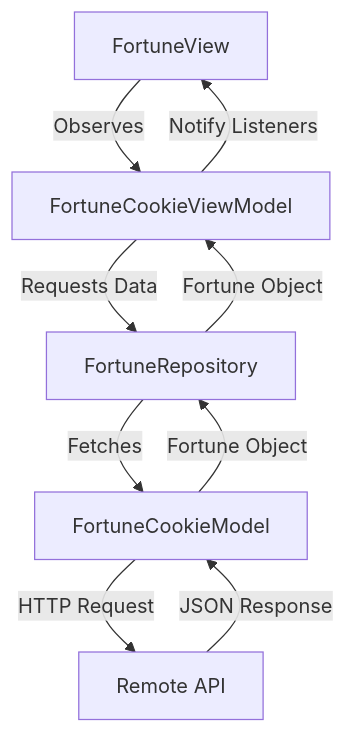
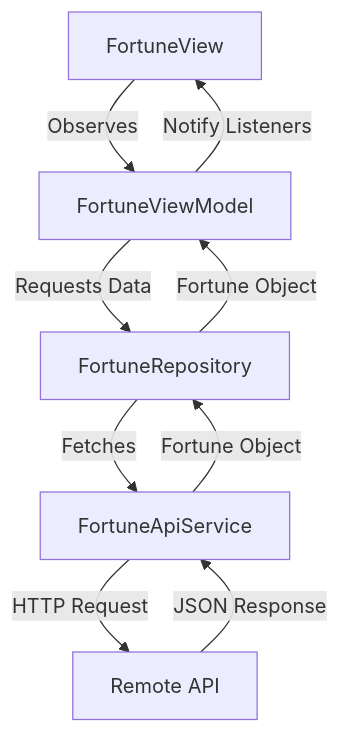
One commit to malam-zero/fc_app changed the diagram in README.md. Above: the diagram before and after it, drawn with Mermaid. The commit also changed other lines of this file and 10 other files, not shown here.

Commit message:
refactor: improve codebase architecture, naming, and dependency injection

````diff
--- a/README.md
+++ b/README.md
@@ -20,11 +20,11 @@
 ```mermaid
 graph TD
-    View[FortuneView] -->|Observes| ViewModel[FortuneCookieViewModel]
+    View[FortuneView] -->|Observes| ViewModel[FortuneViewModel]
     ViewModel -->|Requests Data| Repository[FortuneRepository]
-    Repository -->|Fetches| Model[FortuneCookieModel]
-    Model -->|HTTP Request| API[Remote API]
-    API -->|JSON Response| Model
-    Model -->|Fortune Object| Repository
+    Repository -->|Fetches| Service[FortuneApiService]
+    Service -->|HTTP Request| API[Remote API]
+    API -->|JSON Response| Service
+    Service -->|Fortune Object| Repository
     Repository -->|Fortune Object| ViewModel
     ViewModel -->|Notify Listeners| View
 ```
````
